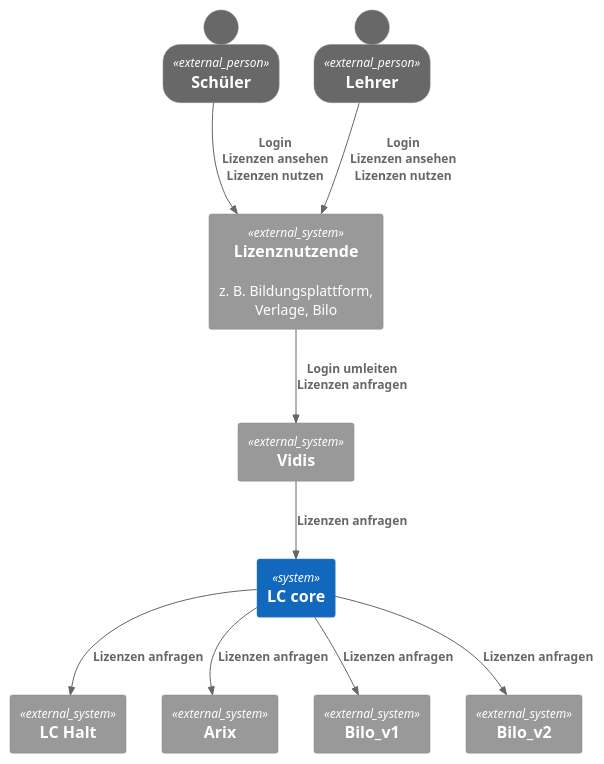
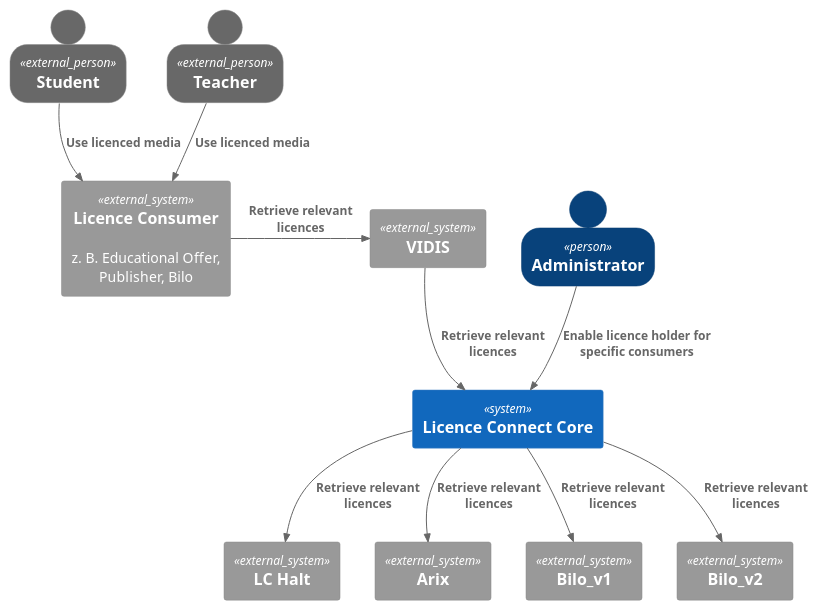
The first of 2 diagrams in doc/src/03_context_and_scope/index.adoc (FWU-DE/licence-connect), drawn with PlantUML before and after one commit. The commit also changed other lines of this file and 9 other files, not shown here.

```diff
--- a/doc/src/03_context_and_scope/index.adoc
+++ b/doc/src/03_context_and_scope/index.adoc
@@ -8,30 +8,33 @@
 [plantuml]
 ----
 @startuml Context_and_Scope
 !include <C4/C4_Container>
 SHOW_PERSON_OUTLINE()
 
-Person_Ext(student, "Schüler", "")
-Person_Ext(teacher, "Lehrer", "")
+Person_Ext(student, "Student", "")
+Person_Ext(teacher, "Teacher", "")
+Person(admin, "Administrator", "")
 
-System_Ext(licenceuser, "Lizenznutzende", "z. B. Bildungsplattform, Verlage, Bilo")
-System_Ext(vidis, "Vidis", "")
+System_Ext(licence_consumer, "Licence Consumer", "z. B. Educational Offer, Publisher, Bilo")
+System_Ext(vidis, "VIDIS", "")
 
-System(lc, "LC core", "")
+System(lc, "Licence Connect Core", "")
 
 System_Ext(lchalt, "LC Halt", "")
 System_Ext(arix, "Arix", "")
 System_Ext(bilo_v1, "Bilo_v1", "")
 System_Ext(bilo_v2, "Bilo_v2", "")
 
-Rel(student, licenceuser, "Login\nLizenzen ansehen\nLizenzen nutzen", "")
-Rel(teacher, licenceuser, "Login\nLizenzen ansehen\nLizenzen nutzen", "")
-Rel(licenceuser, vidis, "Login umleiten\nLizenzen anfragen", "")
-Rel(vidis, lc, "Lizenzen anfragen", "")
-Rel(lc, lchalt, "Lizenzen anfragen","")
-Rel(lc, arix, "Lizenzen anfragen","")
-Rel(lc, bilo_v1, "Lizenzen anfragen","")
-Rel(lc, bilo_v2, "Lizenzen anfragen","")
+Rel(student, licence_consumer, "Use licenced media", "")
+Rel(teacher, licence_consumer, "Use licenced media", "")
+Rel_R(licence_consumer, vidis, "Retrieve relevant licences", "")
+Rel(vidis, lc, "Retrieve relevant licences", "")
+Rel(lc, lchalt, "Retrieve relevant licences","")
+Rel(lc, arix, "Retrieve relevant licences","")
+Rel(lc, bilo_v1, "Retrieve relevant licences","")
+Rel(lc, bilo_v2, "Retrieve relevant licences","")
+
+Rel(admin, lc, "Enable licence holder for specific consumers")
 
 @enduml
 ----
```
